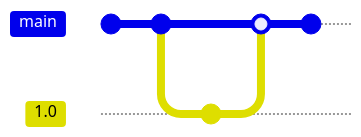
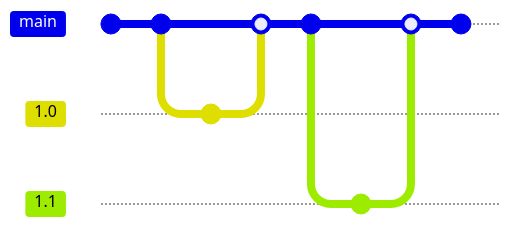
The diagram in graph.md (gianmarco-mameli/uselessrepo), drawn with Mermaid before and after one commit. Commit ids are hidden.

````diff
--- a/graph.md
+++ b/graph.md
@@ -1,13 +1,18 @@
 ```mermaid
 gitGraph
     commit
     commit
     branch 1.0
     checkout 1.0
     commit
-    
     checkout main
     merge 1.0
     commit
+    branch 1.1
+    checkout 1.1
+    commit
+    checkout main
+    merge 1.1
+    commit
     
 ```
````
